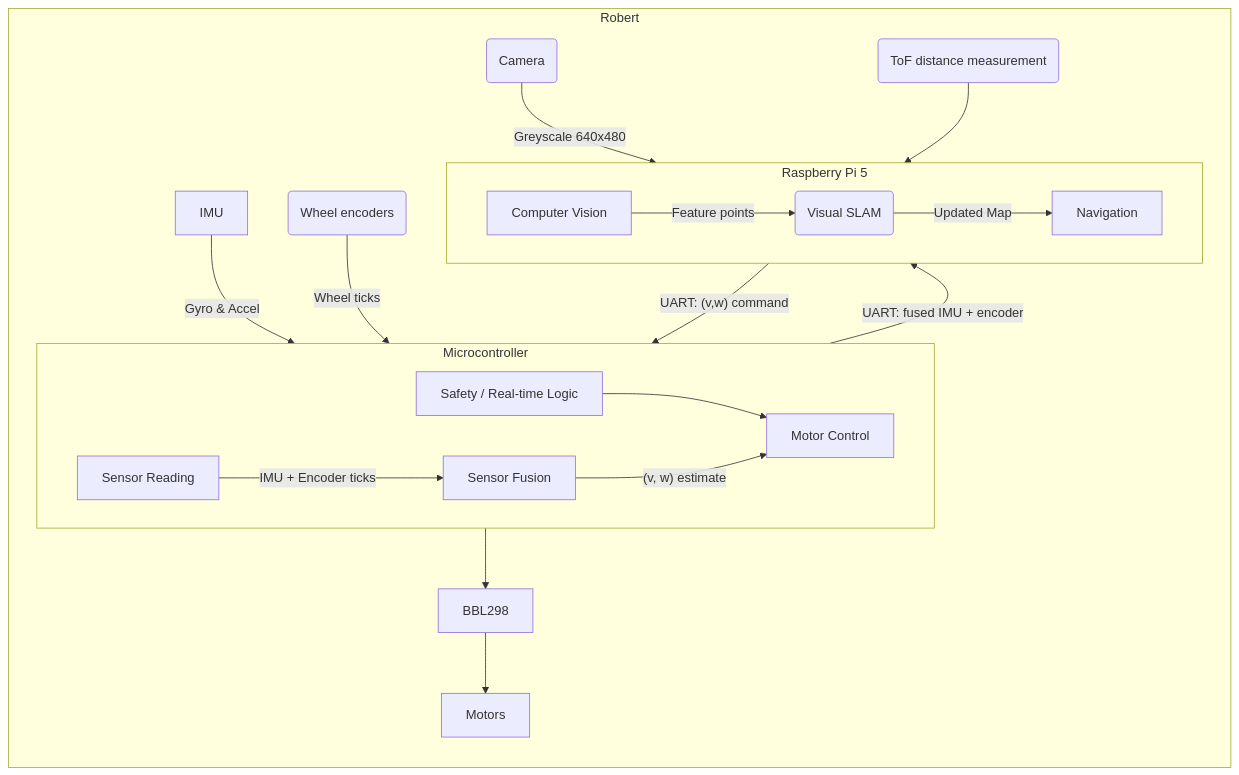
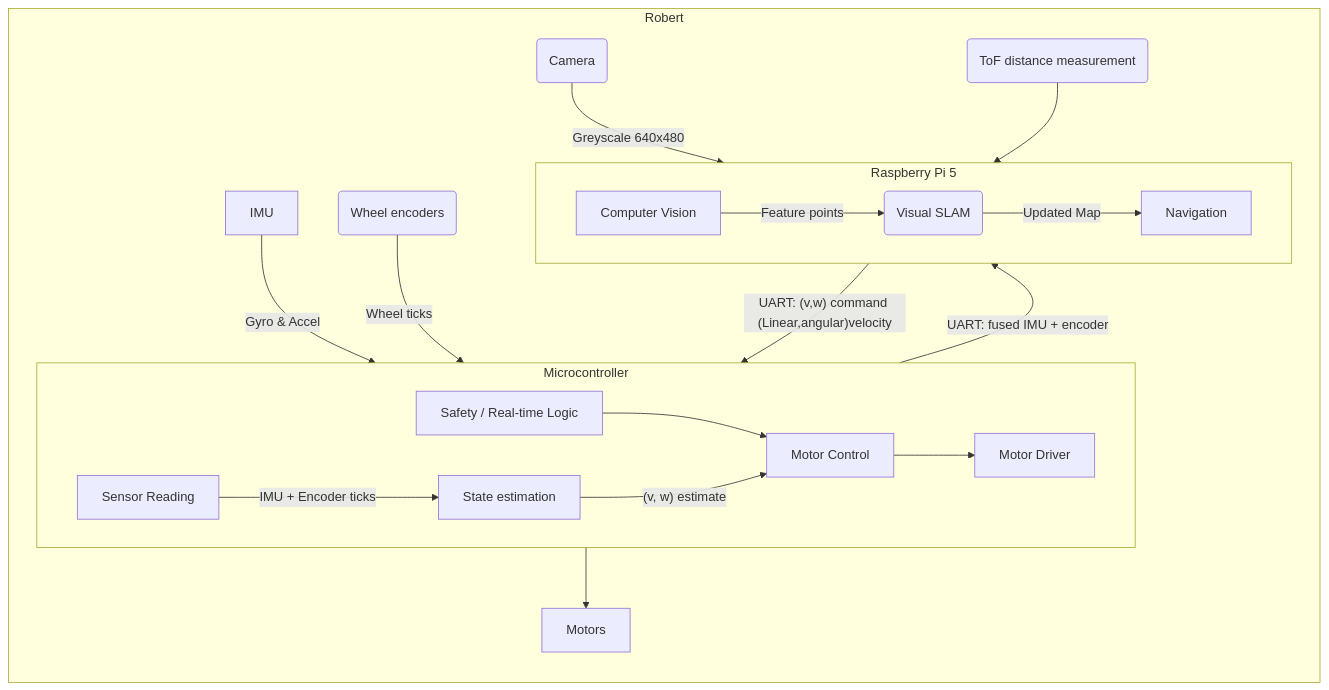
The first of 4 diagrams in README.md (carmor1337/Robert-Diffrential-drive-robot), drawn with Mermaid before and after one commit. The commit also changed other lines of this file, not shown here.

````diff
--- a/README.md
+++ b/README.md
@@ -63,50 +63,51 @@
 ```mermaid
 flowchart LR
     subgraph Robert
         direction TD
 
         ToF("ToF distance measurement")
         Camera("Camera")
 
         IMU["IMU"]
         Encoder("Wheel encoders")
         
         subgraph MCU["Microcontroller"]
             direction LR
             Safety["Safety / Real-time Logic"]
-            SensorFusion["Sensor Fusion"]
+            SensorFusion["State estimation"]
             SensorRead["Sensor Reading"]
             MotorControl["Motor Control"]
+            MotorDriver["Motor Driver"]
         end
         
         subgraph RPI["Raspberry Pi 5"]
             direction LR
             SLAM("Visual SLAM")
             Vision["Computer Vision"]
             Navigation["Navigation"]
         end
 
         Camera -->|"Greyscale 640x480"| RPI
         ToF --> RPI
             
         MCU -->|"UART: fused IMU + encoder"| RPI
 
 
-        MotorControl --> BBL298
-        BBL298 --> Motors
+        MotorControl --> MotorDriver
+        MotorDriver --> Motors
     end
     
 
     IMU -->|"Gyro & Accel"| MCU
     Encoder -->|"Wheel ticks"| MCU
 
     Safety --> MotorControl
     SensorRead -->|"IMU + Encoder ticks"| SensorFusion
     SensorFusion -->|"(v, w) estimate"| MotorControl
 
 
-    Navigation -->|"UART: (v,w) command"|MotorControl
+    Navigation -->|"UART: (v,w) command (Linear,angular)velocity "|MotorControl
     Vision -->|"Feature points"| SLAM -->|"Updated Map"| Navigation
 
    
 ```
````
